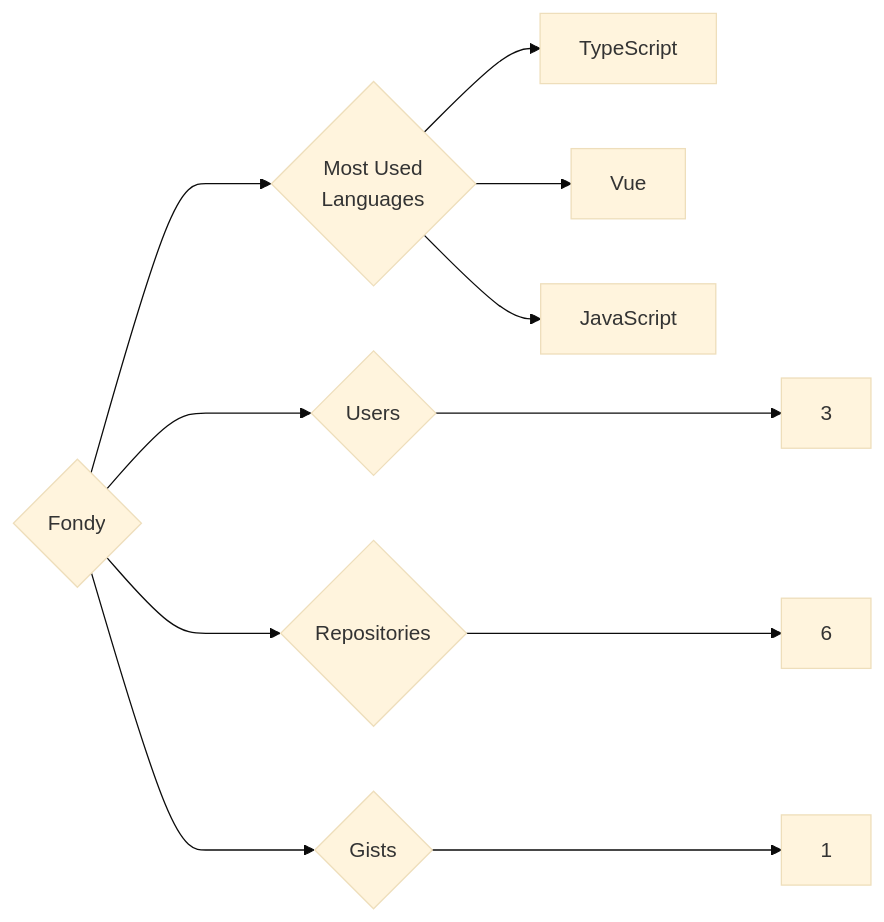
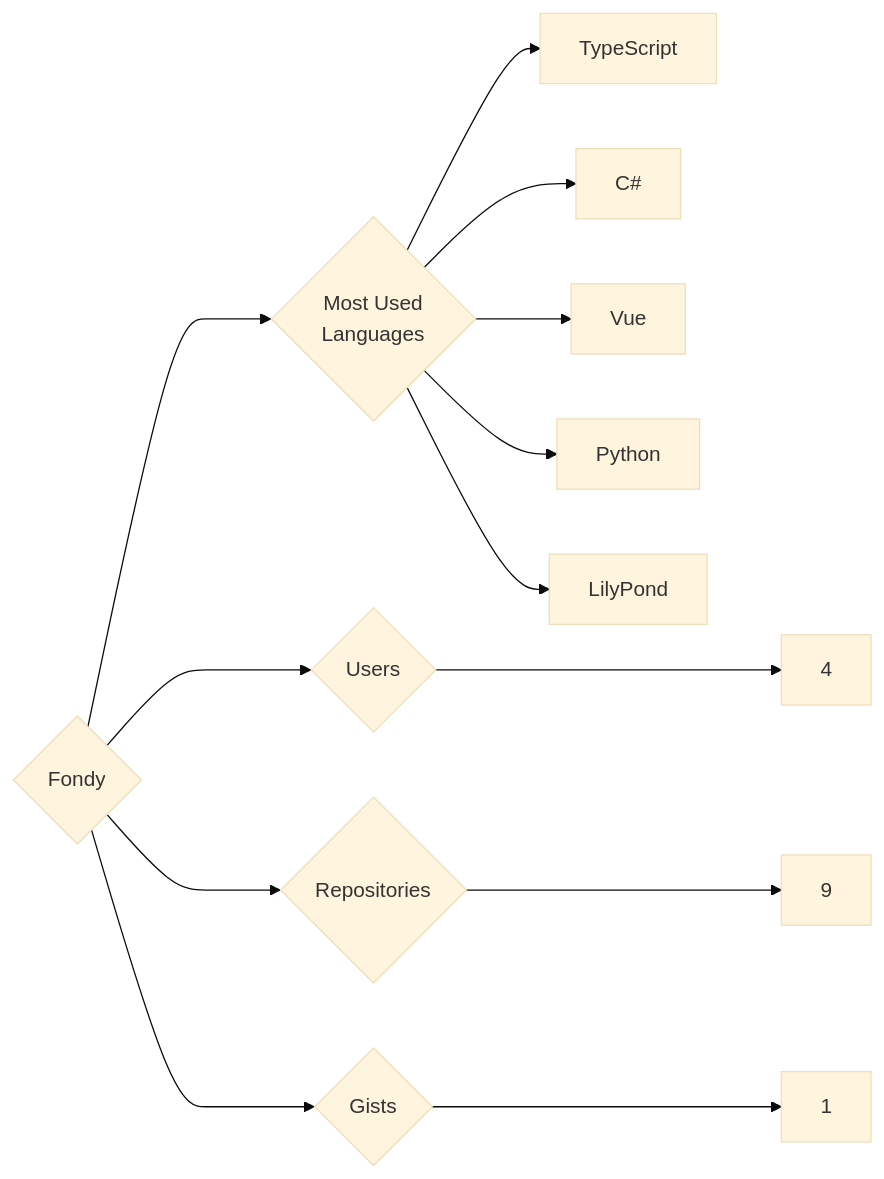
Before and after one commit to trickest/insiders: the diagram in targets/Fondy/README.md, drawn with Mermaid (base theme). The commit also changed 1120 other files, not shown here.

````diff
--- a/targets/Fondy/README.md
+++ b/targets/Fondy/README.md
@@ -3,11 +3,13 @@
 ```mermaid
 graph LR
 COMPANY_NAME{Fondy}
-COMPANY_NAME ---> U{Users} ---> UN[3]
-COMPANY_NAME ---> R{Repositories} ---> RN[6]
+COMPANY_NAME ---> U{Users} ---> UN[4]
+COMPANY_NAME ---> R{Repositories} ---> RN[9]
 COMPANY_NAME ---> G{Gists} ---> GN[1]
 COMPANY_NAME ---> ML{Most Used<br>Languages}
 ML --> TypeScript[TypeScript]
+ML --> C#[C#]
 ML --> Vue[Vue]
-ML --> JavaScript[JavaScript]
+ML --> Python[Python]
+ML --> LilyPond[LilyPond]
 ```
````
